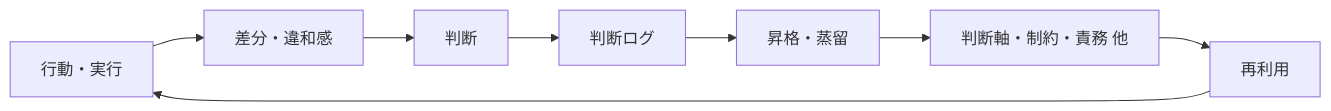
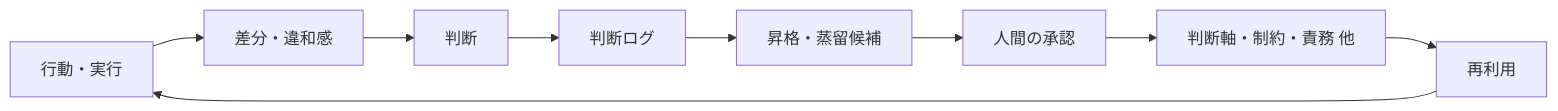
Before and after one commit to tamasub/FRB: the first of 2 diagrams in articles/ai-collaboration04-humanintheloop.md, drawn with Mermaid. The commit also changed other lines of this file, not shown here.

````diff
--- a/articles/ai-collaboration04-humanintheloop.md
+++ b/articles/ai-collaboration04-humanintheloop.md
@@ -395,10 +395,11 @@
 ```mermaid
 flowchart LR
     A[行動・実行] --> B[差分・違和感]
     B --> C[判断]
     C --> D[判断ログ]
-    D --> E[昇格・蒸留]
-    E --> F[判断軸・制約・責務 他]
+    D --> E[昇格・蒸留候補]
+    E --> H[人間の承認]
+    H --> F[判断軸・制約・責務 他]
     F --> G[再利用]
     G --> A
 ```
````
